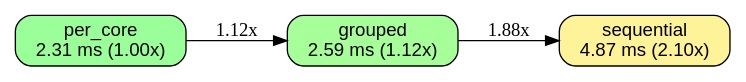
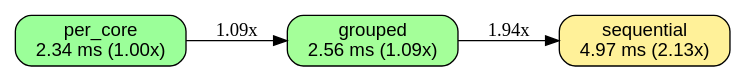
The diagram in docs/BENCHES.accumulator_grouped.w4_g64_n1048576.linux-x86_64-c4-container-intel.dot (orgrinrt/hilavitkutin), drawn with Graphviz before and after one commit. The commit also changed 36 other files, not shown here.

```diff
--- a/docs/BENCHES.accumulator_grouped.w4_g64_n1048576.linux-x86_64-c4-container-intel.dot
+++ b/docs/BENCHES.accumulator_grouped.w4_g64_n1048576.linux-x86_64-c4-container-intel.dot
@@ -1,16 +1,16 @@
 // AUTO-GENERATED: DO NOT EDIT DIRECTLY
 //
 // Generated by: mockspace (mock)
-// Generated at: 2026-11-19T21:47:04Z
+// Generated at: 2026-11-19T22:15:46Z
 // Source: mock/
 // To regenerate: cargo mock
 
 digraph "accumulator_grouped/w4_g64_n1048576 on linux-x86_64-c4-container-intel" {
   rankdir=LR;
   node [shape=box, style="rounded,filled", fontname="Helvetica"];
-  v0 [label="per_core\n2.31 ms (1.00x)", fillcolor="0.330 0.4 1.0"];
-  v1 [label="grouped\n2.59 ms (1.12x)", fillcolor="0.310 0.4 1.0"];
-  v2 [label="sequential\n4.87 ms (2.10x)", fillcolor="0.148 0.4 1.0"];
-  v0 -> v1 [label="1.12x"];
-  v1 -> v2 [label="1.88x"];
+  v0 [label="per_core\n2.34 ms (1.00x)", fillcolor="0.330 0.4 1.0"];
+  v1 [label="grouped\n2.56 ms (1.09x)", fillcolor="0.315 0.4 1.0"];
+  v2 [label="sequential\n4.97 ms (2.13x)", fillcolor="0.144 0.4 1.0"];
+  v0 -> v1 [label="1.09x"];
+  v1 -> v2 [label="1.94x"];
 }
```
